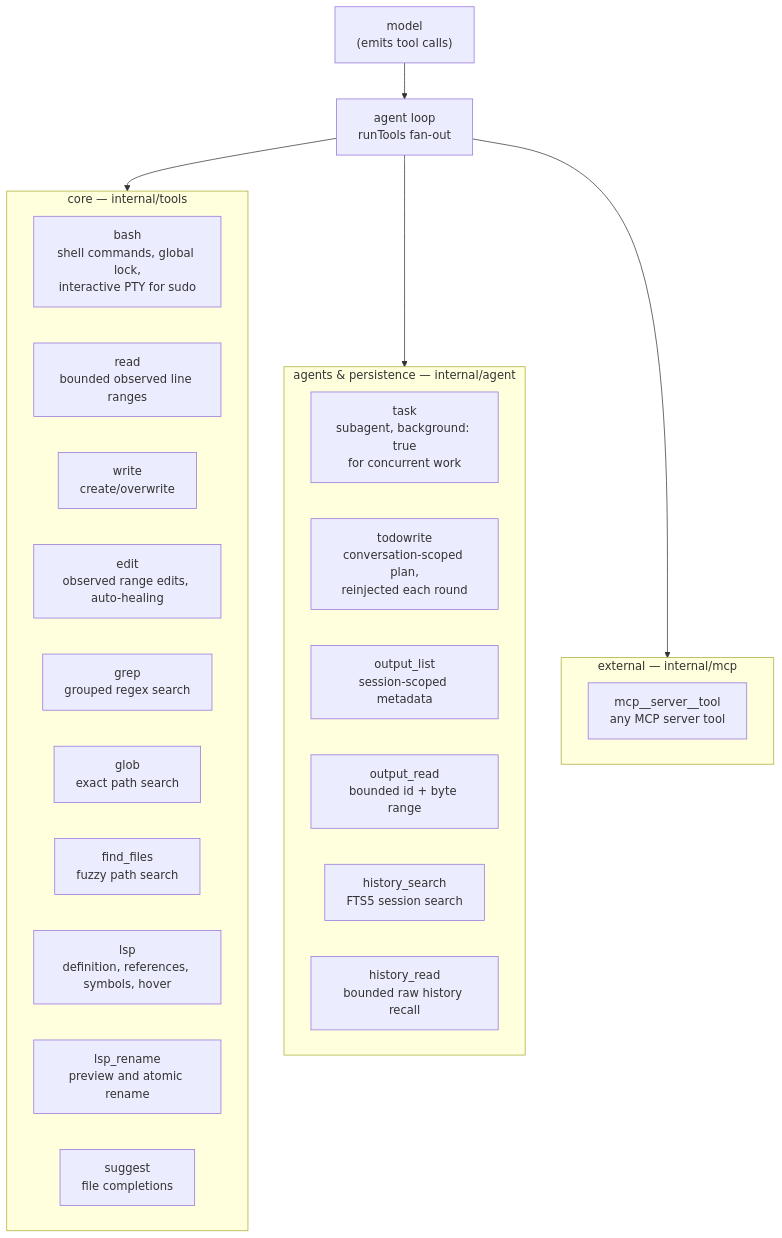
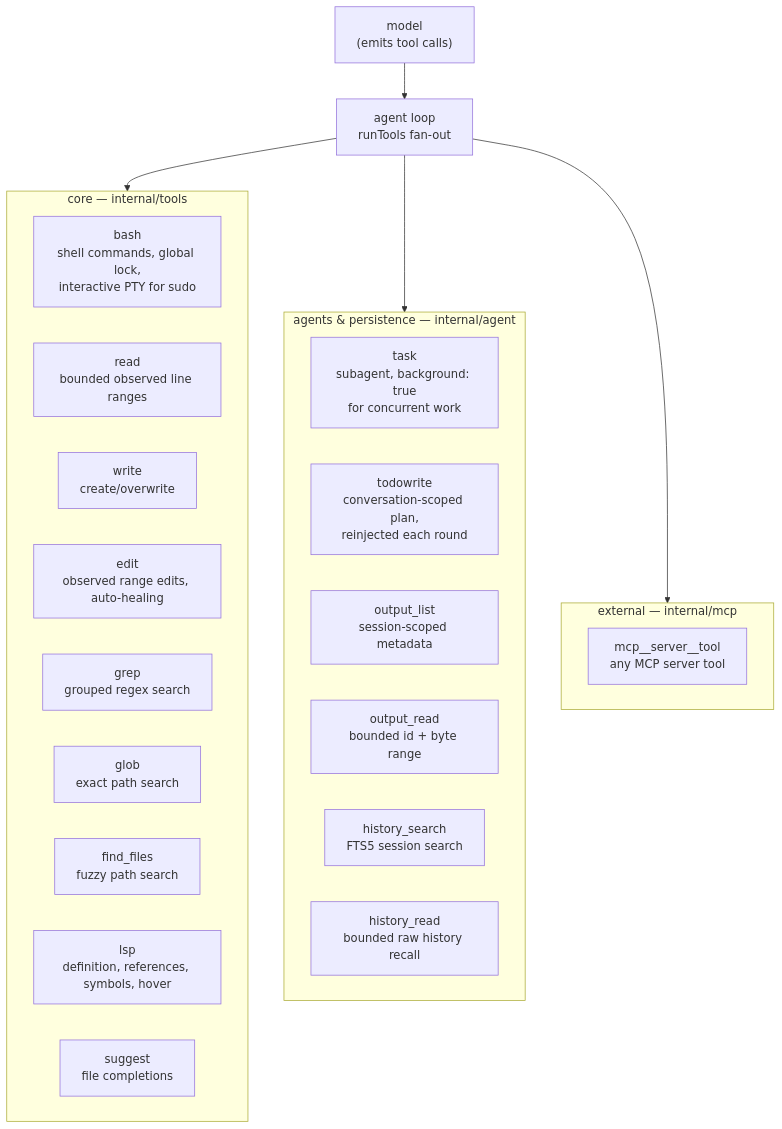
One commit to sacca97/ghg changed the diagram in docs/tools.md. Above: the diagram before and after it, drawn with Mermaid. The commit also changed other lines of this file and 230 other files, not shown here.

````diff
--- a/docs/tools.md
+++ b/docs/tools.md
@@ -10,32 +10,31 @@
 ```mermaid
 flowchart TB
     MODEL["model<br/>(emits tool calls)"] --> LOOP["agent loop<br/>runTools fan-out"]
 
     subgraph core["core — internal/tools"]
         BASH["bash<br/>shell commands, global lock,<br/>interactive PTY for sudo"]
         READ["read<br/>bounded observed line ranges"]
         WRITE["write<br/>create/overwrite"]
         EDIT["edit<br/>observed range edits, auto-healing"]
         GREP["grep<br/>grouped regex search"]
         GLOB["glob<br/>exact path search"]
         FIND["find_files<br/>fuzzy path search"]
         LSP["lsp<br/>definition, references, symbols, hover"]
-        LSPR["lsp_rename<br/>preview and atomic rename"]
         SUGGEST["suggest<br/>file completions"]
     end
 
     subgraph agents["agents & persistence — internal/agent"]
         TASK["task<br/>subagent, background: true<br/>for concurrent work"]
         TODO["todowrite<br/>conversation-scoped plan,<br/>reinjected each round"]
         ALIST["output_list<br/>session-scoped metadata"]
         AREAD["output_read<br/>bounded id + byte range"]
         HSEARCH["history_search<br/>FTS5 session search"]
         HREAD["history_read<br/>bounded raw history recall"]
     end
 
     subgraph ext["external — internal/mcp"]
         MCPT["mcp__server__tool<br/>any MCP server tool"]
     end
 
     LOOP --> core & agents & ext
 ```
````
